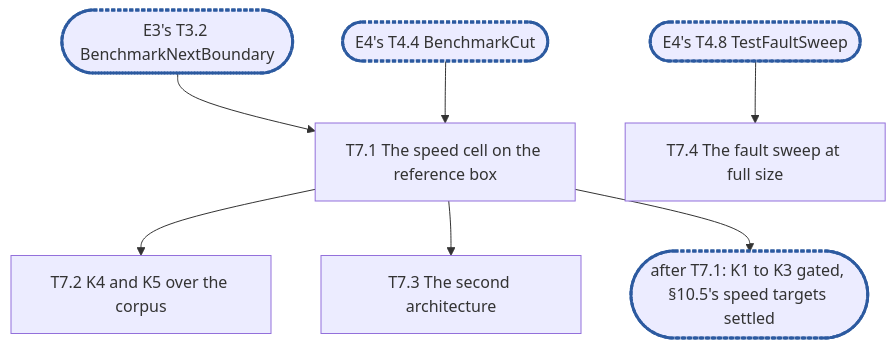
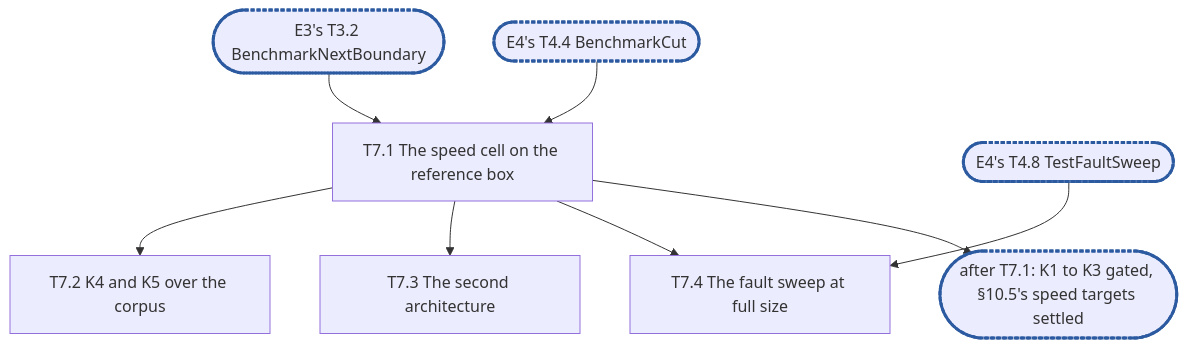
Before and after one commit to cubbit/dittofs: the diagram in .planning/rfc-2-carver-epic7.md, drawn with Mermaid. The commit also changed other lines of this file, not shown here.

````diff
--- a/.planning/rfc-2-carver-epic7.md
+++ b/.planning/rfc-2-carver-epic7.md
@@ -486,10 +487,11 @@
 ```mermaid
 flowchart TD
   E3(["E3's T3.2 BenchmarkNextBoundary"]):::sync --> T7_1["T7.1 The speed cell on the reference box"]
   E4(["E4's T4.4 BenchmarkCut"]):::sync --> T7_1
   T7_1 --> T7_2["T7.2 K4 and K5 over the corpus"]
   T7_1 --> T7_3["T7.3 The second architecture"]
   E4S(["E4's T4.8 TestFaultSweep"]):::sync --> T7_4["T7.4 The fault sweep at full size"]
+  T7_1 --> T7_4
   T7_1 --> CP1(["after T7.1: K1 to K3 gated, §10.5's speed targets settled"]):::sync
   classDef sync stroke:#2c5aa0,stroke-width:3px,stroke-dasharray:4 2
 ```
````
